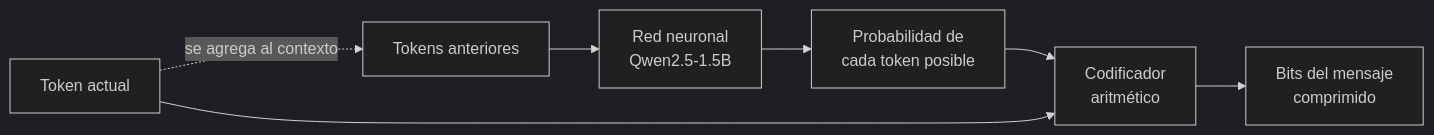
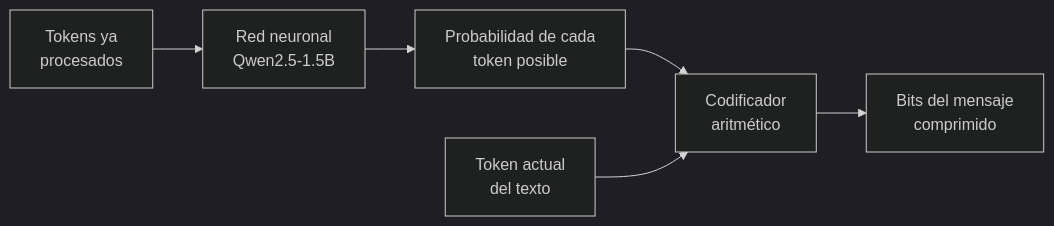
Before and after one commit to Juferoga/se-tesis: the second of 4 diagrams in README.md, drawn with Mermaid (dark theme). The commit also changed other lines of this file, not shown here.

Commit message:
docs: diagramas del README en orientación vertical

````diff
--- a/README.md
+++ b/README.md
@@ -61,9 +60,8 @@
 ```mermaid
 flowchart LR
-    P["Tokens anteriores"] --> N["Red neuronal<br/>Qwen2.5-1.5B"]
-    N --> D["Probabilidad de<br/>cada token posible"]
+    P["Tokens ya<br/>procesados"] --> N["Red neuronal<br/>Qwen2.5-1.5B"]
+    N --> D["Probabilidad de cada<br/>token posible"]
     D --> AC["Codificador<br/>aritmético"]
-    TK["Token actual"] --> AC
+    TK["Token actual<br/>del texto"] --> AC
     AC --> B["Bits del mensaje<br/>comprimido"]
-    TK -.->|"se agrega al contexto"| P
 ```
````
